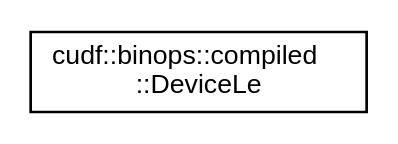
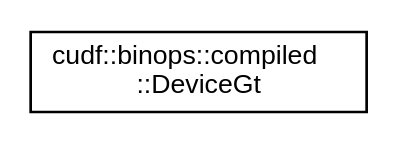
One commit to rapidsai/projects changed the diagram in libcudf/0.9.0/inherit_graph_31.dot. Above: the diagram before and after it, drawn with Graphviz. The commit also changed 601 other files, not shown here.

```diff
--- a/libcudf/0.9.0/inherit_graph_31.dot
+++ b/libcudf/0.9.0/inherit_graph_31.dot
@@ -1,7 +1,7 @@
 digraph "Graphical Class Hierarchy"
 {
   edge [fontname="Helvetica",fontsize="10",labelfontname="Helvetica",labelfontsize="10"];
   node [fontname="Helvetica",fontsize="10",shape=record];
   rankdir="LR";
-  Node0 [label="cudf::binops::compiled\l::DeviceLe",height=0.2,width=0.4,color="black", fillcolor="white", style="filled",URL="$structcudf_1_1binops_1_1compiled_1_1DeviceLe.html"];
+  Node0 [label="cudf::binops::compiled\l::DeviceGt",height=0.2,width=0.4,color="black", fillcolor="white", style="filled",URL="$structcudf_1_1binops_1_1compiled_1_1DeviceGt.html"];
 }
```
